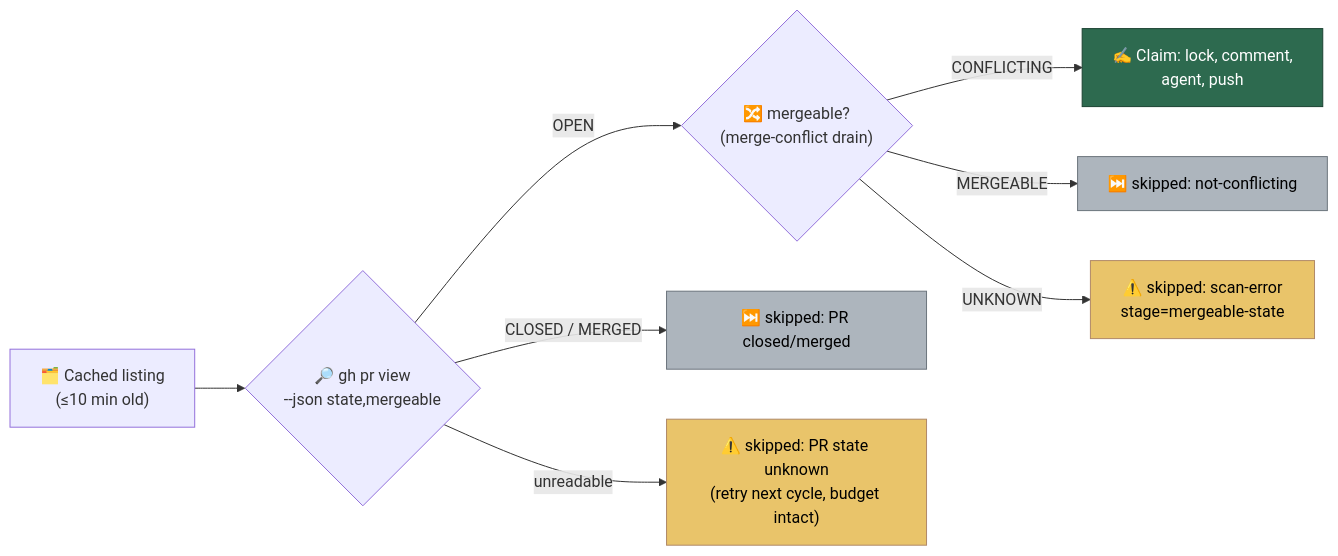
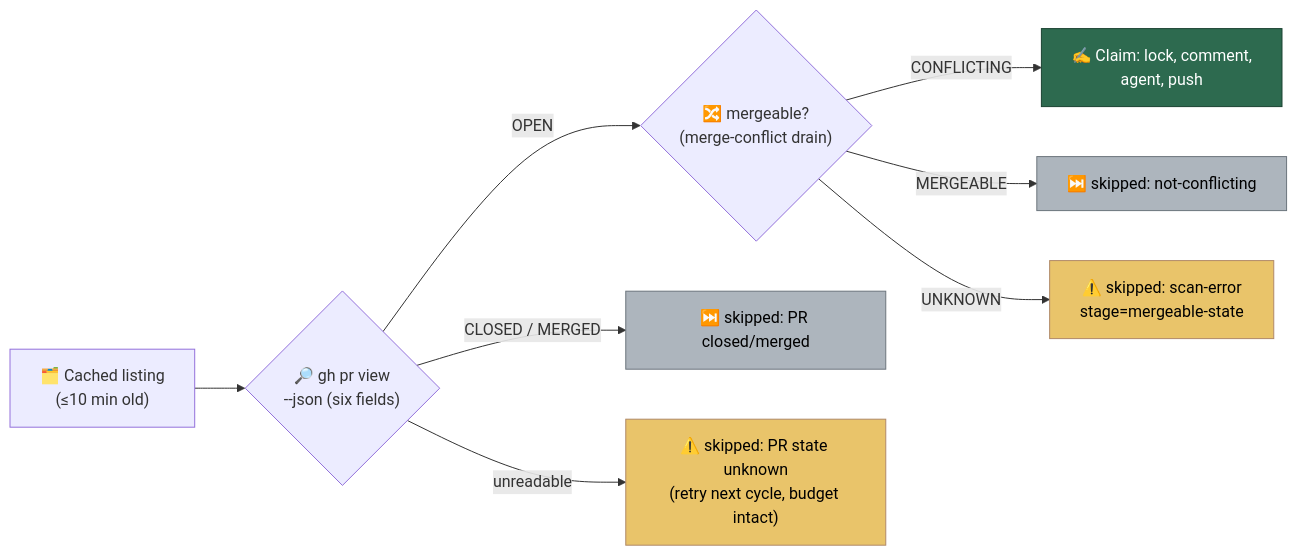
Diagram 13 of 46 in docs/INTERNALS.md (stSoftwareAU/VibeCoder), drawn with Mermaid before and after one commit. The commit also changed other lines of this file and 15 other files, not shown here.

````diff
--- a/docs/INTERNALS.md
+++ b/docs/INTERNALS.md
@@ -1911,15 +1914,15 @@
 ```mermaid
 flowchart LR
-    L["🗂️ Cached listing<br/>(≤10 min old)"] --> V{"🔎 gh pr view<br/>--json state,mergeable"}
+    L["🗂️ Cached listing<br/>(≤10 min old)"] --> V{"🔎 gh pr view<br/>--json (six fields)"}
     V -->|OPEN| M{"🔀 mergeable?<br/>(merge-conflict drain)"}
     V -->|CLOSED / MERGED| S["⏭️ skipped: PR closed/merged"]
     V -->|unreadable| U["⚠️ skipped: PR state unknown<br/>(retry next cycle, budget intact)"]
     M -->|CONFLICTING| W["✍️ Claim: lock, comment,<br/>agent, push"]
     M -->|MERGEABLE| N["⏭️ skipped: not-conflicting"]
     M -->|UNKNOWN| E["⚠️ skipped: scan-error<br/>stage=mergeable-state"]
     style W fill:#2d6a4f,stroke:#1b4332,color:#fff
     style S fill:#adb5bd,stroke:#6c757d,color:#000
     style N fill:#adb5bd,stroke:#6c757d,color:#000
     style U fill:#e9c46a,stroke:#b08968,color:#000
     style E fill:#e9c46a,stroke:#b08968,color:#000
 ```
````
